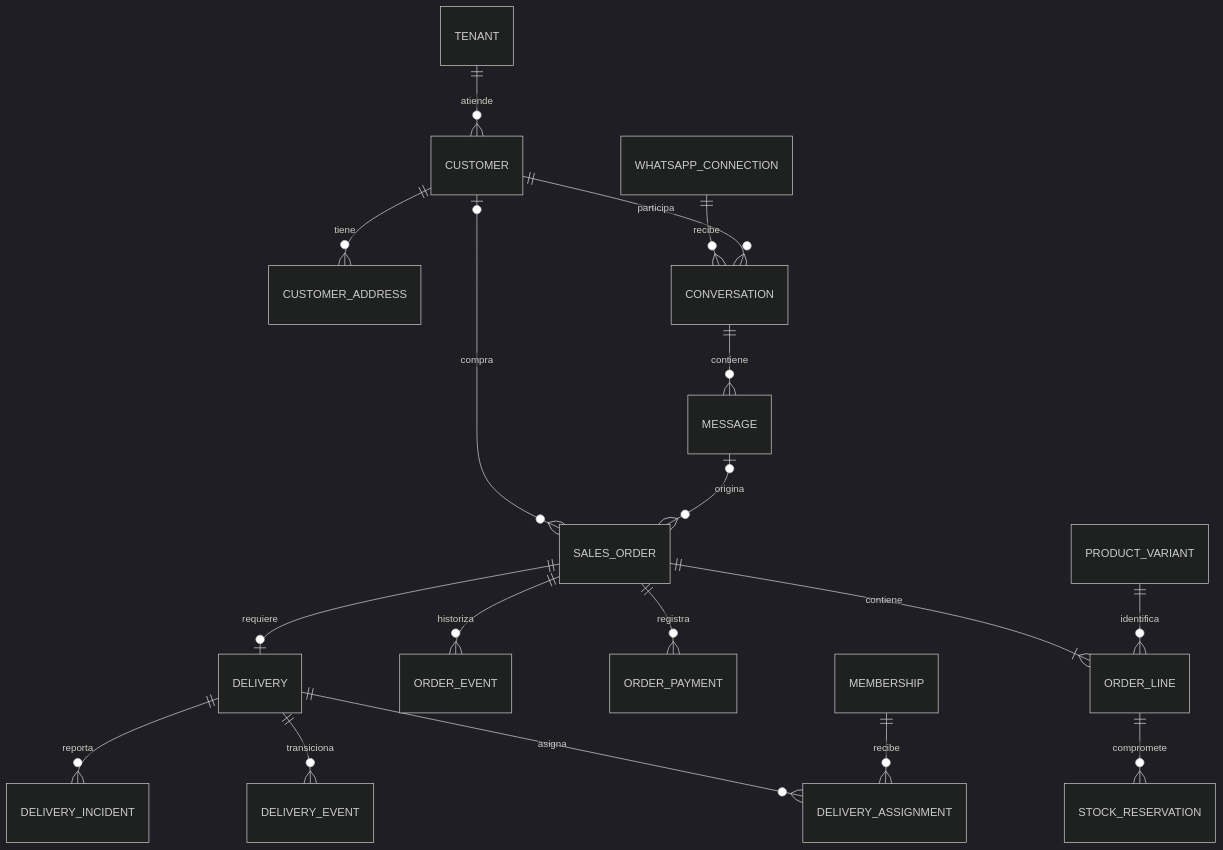
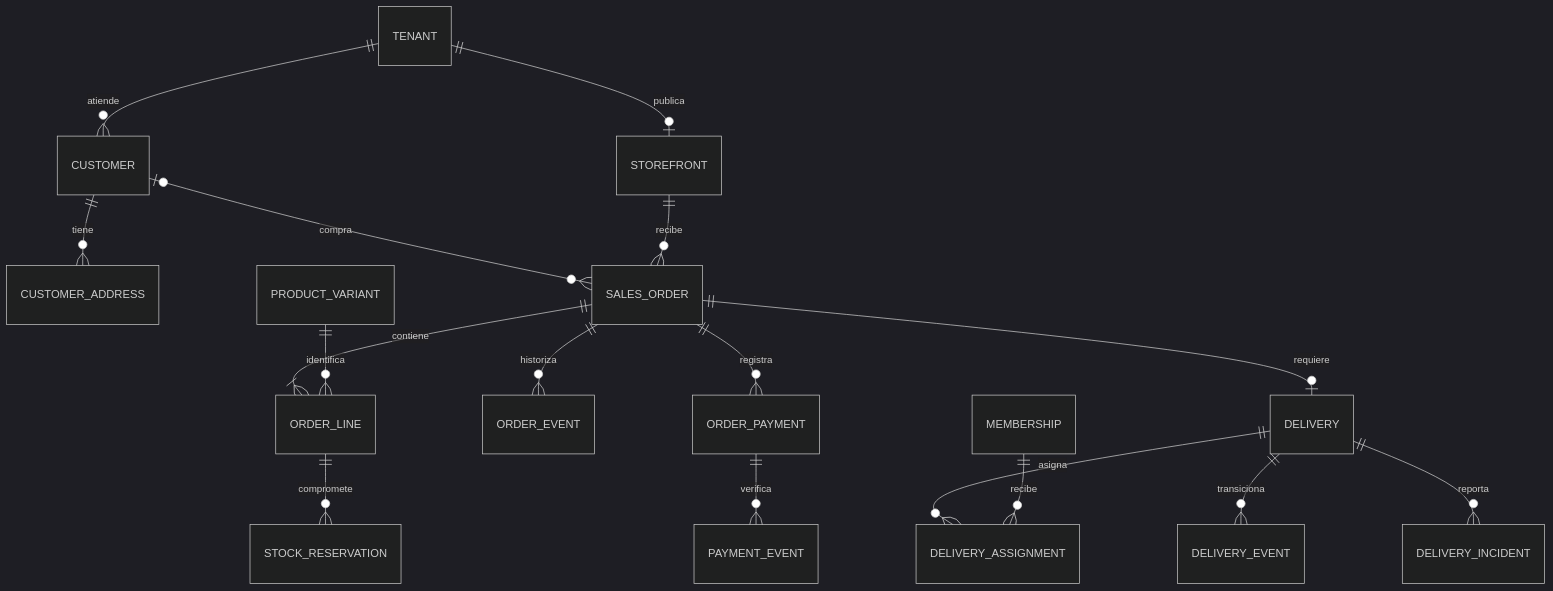
One commit to yuliniri200712-bit/Nexora-SaaS changed the second of 3 diagrams in docs/02-data-model.md. Above: the diagram before and after it, drawn with Mermaid (dark theme). The commit also changed other lines of this file and 8 other files, not shown here.

````diff
--- a/docs/02-data-model.md
+++ b/docs/02-data-model.md
@@ -68,20 +70,19 @@
 ```mermaid
 erDiagram
   TENANT ||--o{ CUSTOMER : atiende
   CUSTOMER ||--o{ CUSTOMER_ADDRESS : tiene
   CUSTOMER o|--o{ SALES_ORDER : compra
   SALES_ORDER ||--|{ ORDER_LINE : contiene
   PRODUCT_VARIANT ||--o{ ORDER_LINE : identifica
   ORDER_LINE ||--o{ STOCK_RESERVATION : compromete
   SALES_ORDER ||--o{ ORDER_EVENT : historiza
   SALES_ORDER ||--o{ ORDER_PAYMENT : registra
   SALES_ORDER ||--o| DELIVERY : requiere
   DELIVERY ||--o{ DELIVERY_ASSIGNMENT : asigna
   MEMBERSHIP ||--o{ DELIVERY_ASSIGNMENT : recibe
   DELIVERY ||--o{ DELIVERY_EVENT : transiciona
   DELIVERY ||--o{ DELIVERY_INCIDENT : reporta
-  WHATSAPP_CONNECTION ||--o{ CONVERSATION : recibe
-  CUSTOMER ||--o{ CONVERSATION : participa
-  CONVERSATION ||--o{ MESSAGE : contiene
-  MESSAGE o|--o{ SALES_ORDER : origina
+  TENANT ||--o| STOREFRONT : publica
+  STOREFRONT ||--o{ SALES_ORDER : recibe
+  ORDER_PAYMENT ||--o{ PAYMENT_EVENT : verifica
 ```
````
